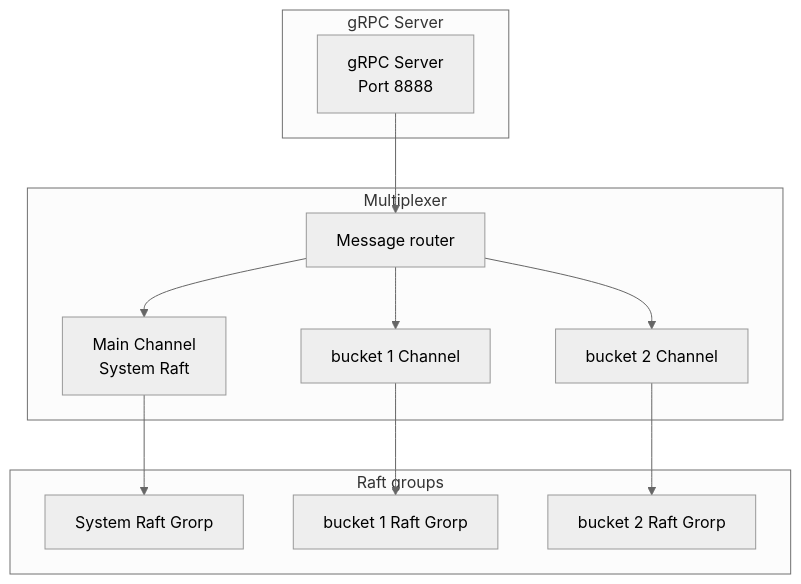
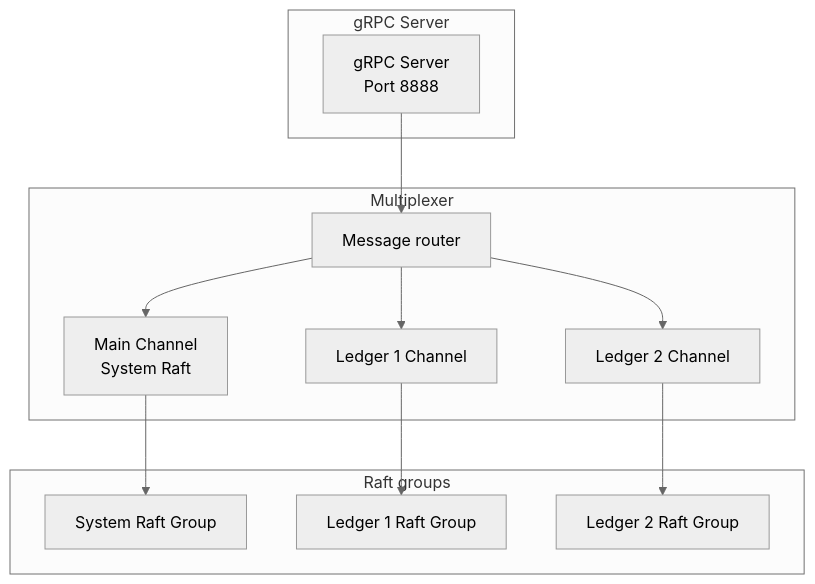
The first of 2 diagrams in docs/advanced-concepts.md (formancehq/ledger), drawn with Mermaid (neutral theme) before and after one commit. The commit also changed other lines of this file and 13 other files, not shown here.

````diff
--- a/docs/advanced-concepts.md
+++ b/docs/advanced-concepts.md
@@ -19,28 +19,28 @@
 ```mermaid
 graph TB
     subgraph "gRPC Server"
         GRPC[gRPC Server<br/>Port 8888]
     end
     
     subgraph "Multiplexer"
         router[Message router]
         Main[Main Channel<br/>System Raft]
-        bucket1[bucket 1 Channel]
-        bucket2[bucket 2 Channel]
+        Ledger1[Ledger 1 Channel]
+        Ledger2[Ledger 2 Channel]
     end
     
     subgraph "Raft groups"
-        System[System Raft Grorp]
-        B1[bucket 1 Raft Grorp]
-        B2[bucket 2 Raft Grorp]
+        System[System Raft Group]
+        B1[Ledger 1 Raft Group]
+        B2[Ledger 2 Raft Group]
     end
     
     GRPC --> router
     router --> Main
-    router --> bucket1
-    router --> bucket2
+    router --> Ledger1
+    router --> Ledger2
     
     Main --> System
-    bucket1 --> B1
-    bucket2 --> B2
+    Ledger1 --> B1
+    Ledger2 --> B2
 ```
````
